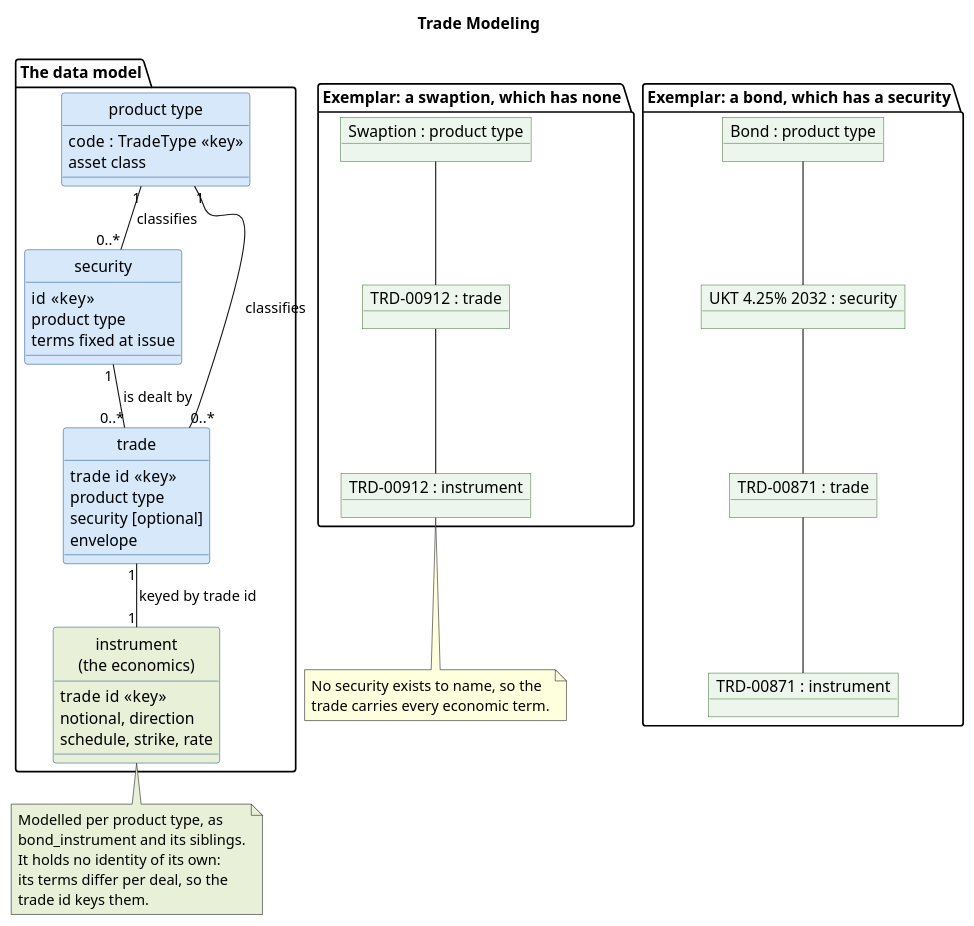
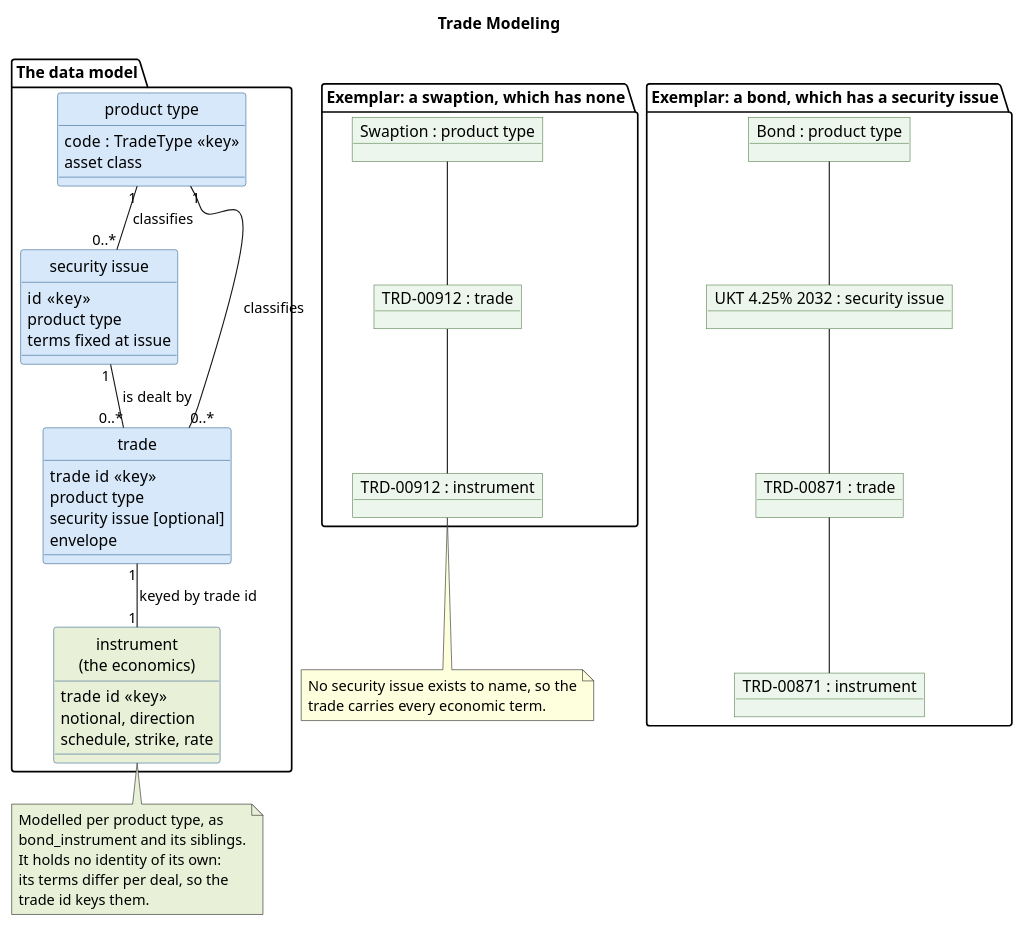
One commit to OreStudio/OreStudio changed the diagram in doc/knowledge/architecture/trade_modeling.puml. Above: the diagram before and after it, drawn with PlantUML. The commit also changed 3 other files, not shown here.

First line of the commit message:
[doc] Name the entity security issue throughout

```diff
--- a/doc/knowledge/architecture/trade_modeling.puml
+++ b/doc/knowledge/architecture/trade_modeling.puml
@@ -18,81 +18,81 @@
 @startuml
 !pragma layout smetana
 
 title Trade Modeling
 
 hide circle
 skinparam classAttributeIconSize 0
 skinparam class {
     BackgroundColor #D6E8FA
     BorderColor #2C5C8A
 }
 skinparam object {
     BackgroundColor #EDF6EC
     BorderColor #4C7A44
 }
 
 package "The data model" {
     class "product type" as pt {
         code : TradeType  <<key>>
         asset class
     }
 
-    class security {
+    class "security issue" as sec {
         id  <<key>>
         product type
         terms fixed at issue
     }
 
     class trade {
         trade id  <<key>>
         product type
-        security [optional]
+        security issue [optional]
         envelope
     }
 
     class "instrument\n(the economics)" as instr #E8F0D8 {
         trade id  <<key>>
         notional, direction
         schedule, strike, rate
     }
 
-    pt "1" -- "0..*" security : classifies
-    security "1" -- "0..*" trade : is dealt by
+    pt "1" -- "0..*" sec : classifies
+    sec "1" -- "0..*" trade : is dealt by
     pt "1" -- "0..*" trade : classifies
     trade "1" -- "1" instr : keyed by trade id
 }
 
 note bottom of instr #E8F0D8
   Modelled per product type, as
   bond_instrument and its siblings.
   It holds no identity of its own:
   its terms differ per deal, so the
   trade id keys them.
 end note
 
-package "Exemplar: a bond, which has a security" {
+package "Exemplar: a bond, which has a security issue" {
     object "Bond : product type" as ex_bond_pt
-    object "UKT 4.25% 2032 : security" as ex_bond_sec
+    object "UKT 4.25% 2032 : security issue" as ex_bond_sec
     object "TRD-00871 : trade" as ex_bond_trd
     object "TRD-00871 : instrument" as ex_bond_instr
 
     ex_bond_pt -- ex_bond_sec
     ex_bond_sec -- ex_bond_trd
     ex_bond_trd -- ex_bond_instr
 }
 
 package "Exemplar: a swaption, which has none" {
     object "Swaption : product type" as ex_swp_pt
     object "TRD-00912 : trade" as ex_swp_trd
     object "TRD-00912 : instrument" as ex_swp_instr
 
     ex_swp_pt -- ex_swp_trd
     ex_swp_trd -- ex_swp_instr
 }
 
 note bottom of ex_swp_instr
-  No security exists to name, so the
+  No security issue exists to name, so the
   trade carries every economic term.
 end note
 
 @enduml
```
